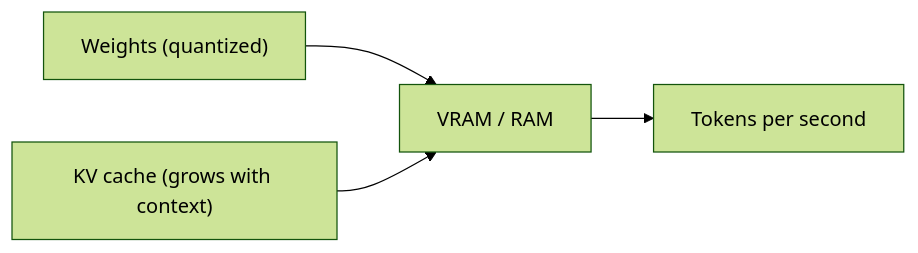
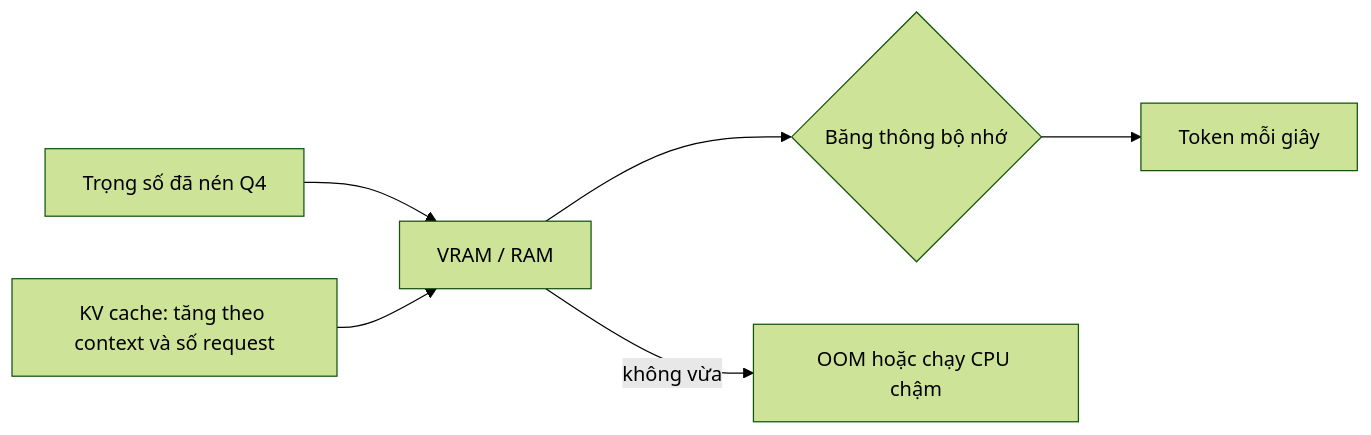
Before and after one commit to passion-Infinity/personal-tech-playbook: the diagram in src/assets/knowledge/playbooks/ai-engineering/llm-local-inference-quantization.md, drawn with Mermaid (forest theme). The commit also changed other lines of this file and 3 other files, not shown here.

````diff
--- a/src/assets/knowledge/playbooks/ai-engineering/llm-local-inference-quantization.md
+++ b/src/assets/knowledge/playbooks/ai-engineering/llm-local-inference-quantization.md
@@ -22,6 +36,8 @@
 ```mermaid
 flowchart LR
-    W["Weights (quantized)"] --> GPU["VRAM / RAM"]
-    KV["KV cache (grows with context)"] --> GPU
-    GPU --> TOK["Tokens per second"]
+    W["Trọng số đã nén Q4"] --> MEM["VRAM / RAM"]
+    KV["KV cache: tăng theo context và số request"] --> MEM
+    MEM --> BW{"Băng thông bộ nhớ"}
+    BW --> TPS["Token mỗi giây"]
+    MEM -->|"không vừa"| OOM["OOM hoặc chạy CPU chậm"]
 ```
````
